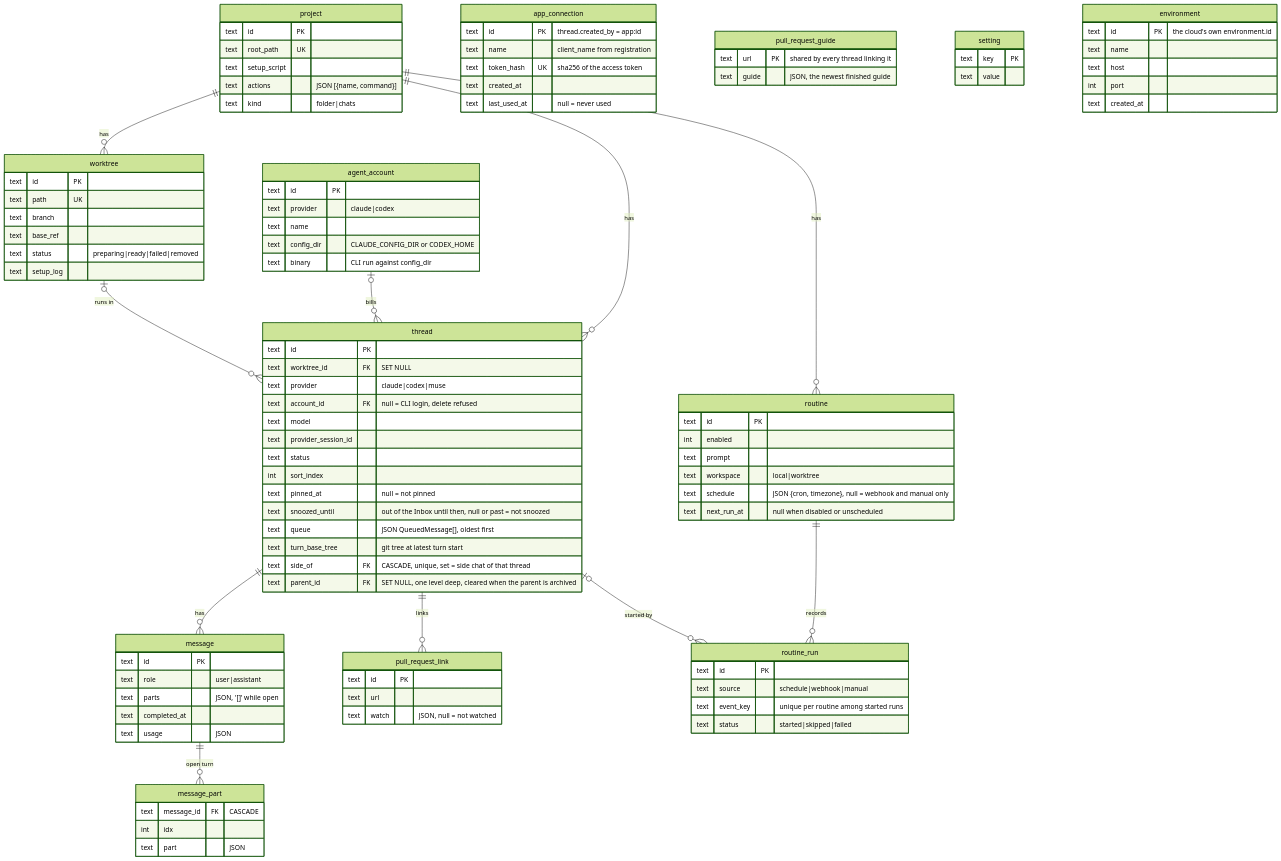
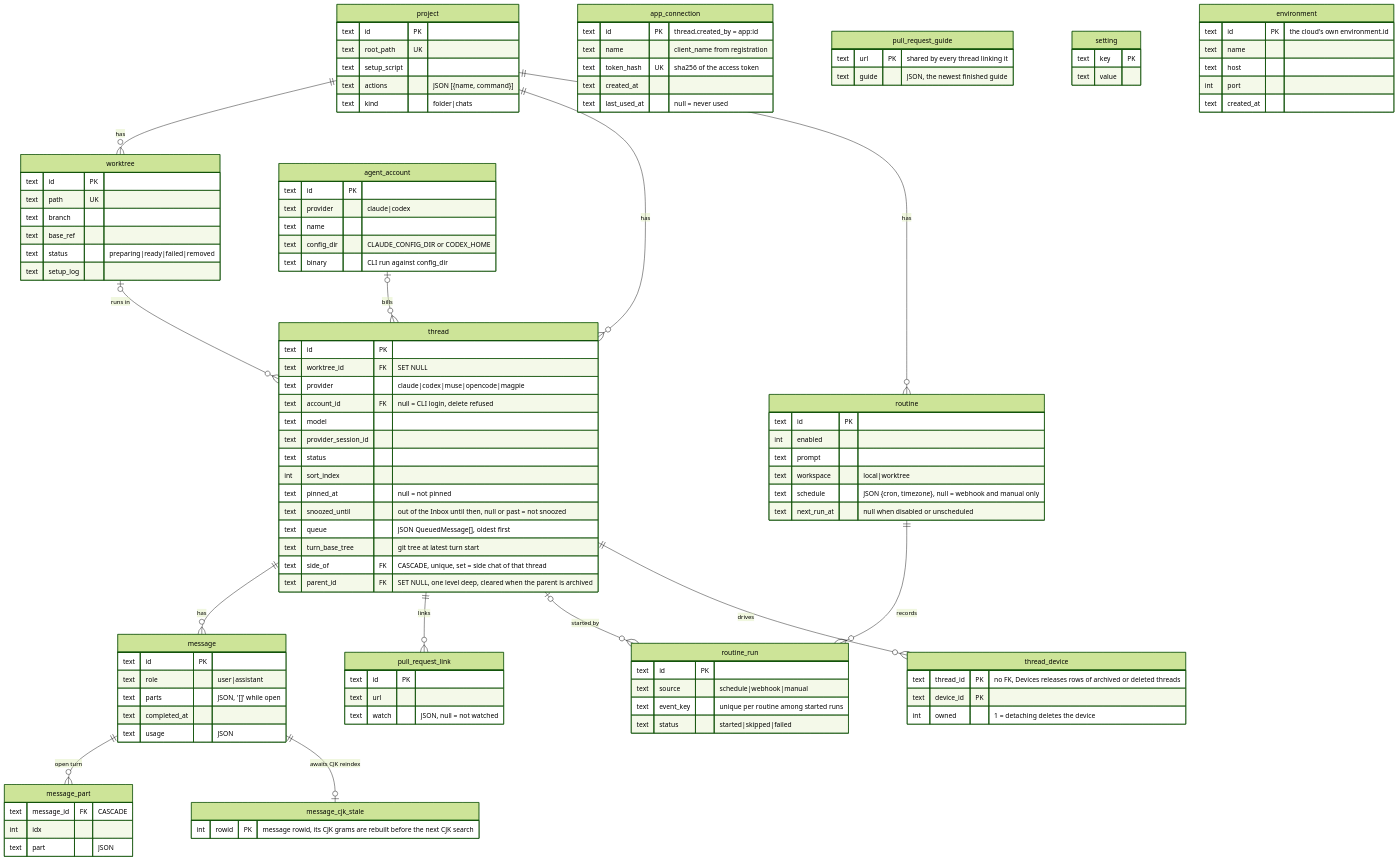
Before and after one commit to hinadev-ai/hinacode: diagram 12 of 19 in docs/arch.md, drawn with Mermaid (forest theme). The commit also changed other lines of this file, not shown here.

```diff
--- a/docs/arch.md
+++ b/docs/arch.md
@@ -428,6 +419,8 @@
   routine ||--o{ routine_run : records
   thread |o--o{ routine_run : "started by"
   agent_account |o--o{ thread : "bills"
+  thread ||--o{ thread_device : "drives"
+  message ||--o| message_cjk_stale : "awaits CJK reindex"
 
   app_connection {
     text id PK "thread.created_by = app:id"
@@ -454,7 +447,7 @@
   thread {
     text id PK
     text worktree_id FK "SET NULL"
-    text provider "claude|codex|muse"
+    text provider "claude|codex|muse|opencode|magpie"
     text account_id FK "null = CLI login, delete refused"
     text model
     text provider_session_id
@@ -473,6 +466,14 @@
     text parts "JSON, '[]' while open"
     text completed_at
     text usage "JSON"
+  }
+  message_cjk_stale {
+    int rowid PK "message rowid, its CJK grams are rebuilt before the next CJK search"
+  }
+  thread_device {
+    text thread_id PK "no FK, Devices releases rows of archived or deleted threads"
+    text device_id PK
+    int owned "1 = detaching deletes the device"
   }
   message_part {
     text message_id FK "CASCADE"
```
